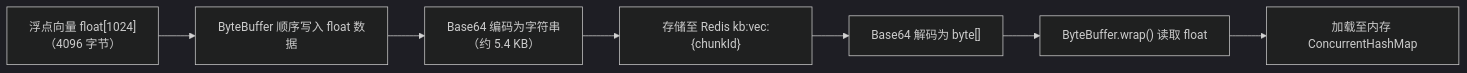
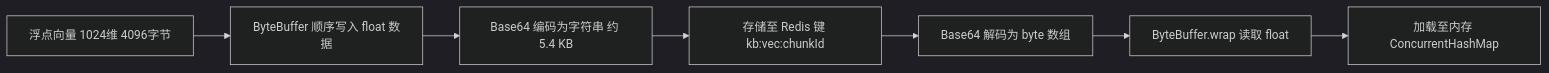
Before and after one commit to chuanshanjia666/RentAgent: the fifth of 8 diagrams in doc/最终答辩成果物/02_项目开发/10.技术调查/技术调查报告.md, drawn with Mermaid (dark theme). The commit also changed other lines of this file, not shown here.

````diff
--- a/doc/最终答辩成果物/02_项目开发/10.技术调查/技术调查报告.md
+++ b/doc/最终答辩成果物/02_项目开发/10.技术调查/技术调查报告.md
@@ -254,10 +239,10 @@
 ```mermaid
-flowchart LR
-    FloatArray["浮点向量 float[1024]<br>（4096 字节）"] --> ByteBuffer["ByteBuffer 顺序写入 float 数据"]
-    ByteBuffer --> Base64Encode["Base64 编码为字符串<br>（约 5.4 KB）"]
-    Base64Encode --> Redis["存储至 Redis kb:vec:{chunkId}"]
+graph LR
+    FloatArray[浮点向量 1024维 4096字节] --> ByteBuffer[ByteBuffer 顺序写入 float 数据]
+    ByteBuffer --> Base64Encode[Base64 编码为字符串 约 5.4 KB]
+    Base64Encode --> Redis[存储至 Redis 键 kb:vec:chunkId]
     
-    Redis --> Base64Decode["Base64 解码为 byte[]"]
-    Base64Decode --> BufferWrap["ByteBuffer.wrap() 读取 float"]
-    BufferWrap --> MemMap["加载至内存 ConcurrentHashMap"]
+    Redis --> Base64Decode[Base64 解码为 byte 数组]
+    Base64Decode --> BufferWrap[ByteBuffer.wrap 读取 float]
+    BufferWrap --> MemMap[加载至内存 ConcurrentHashMap]
 ```
````
